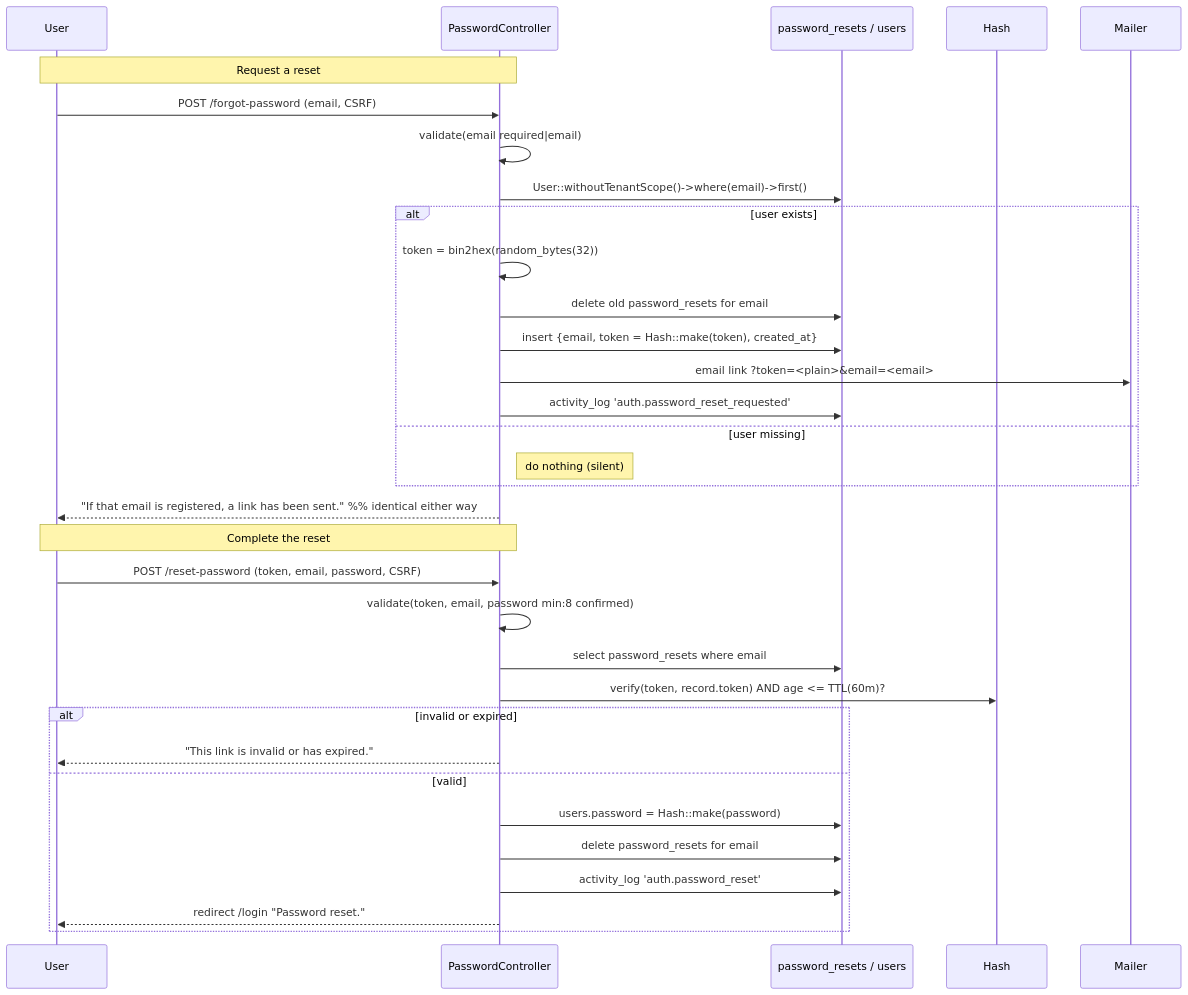
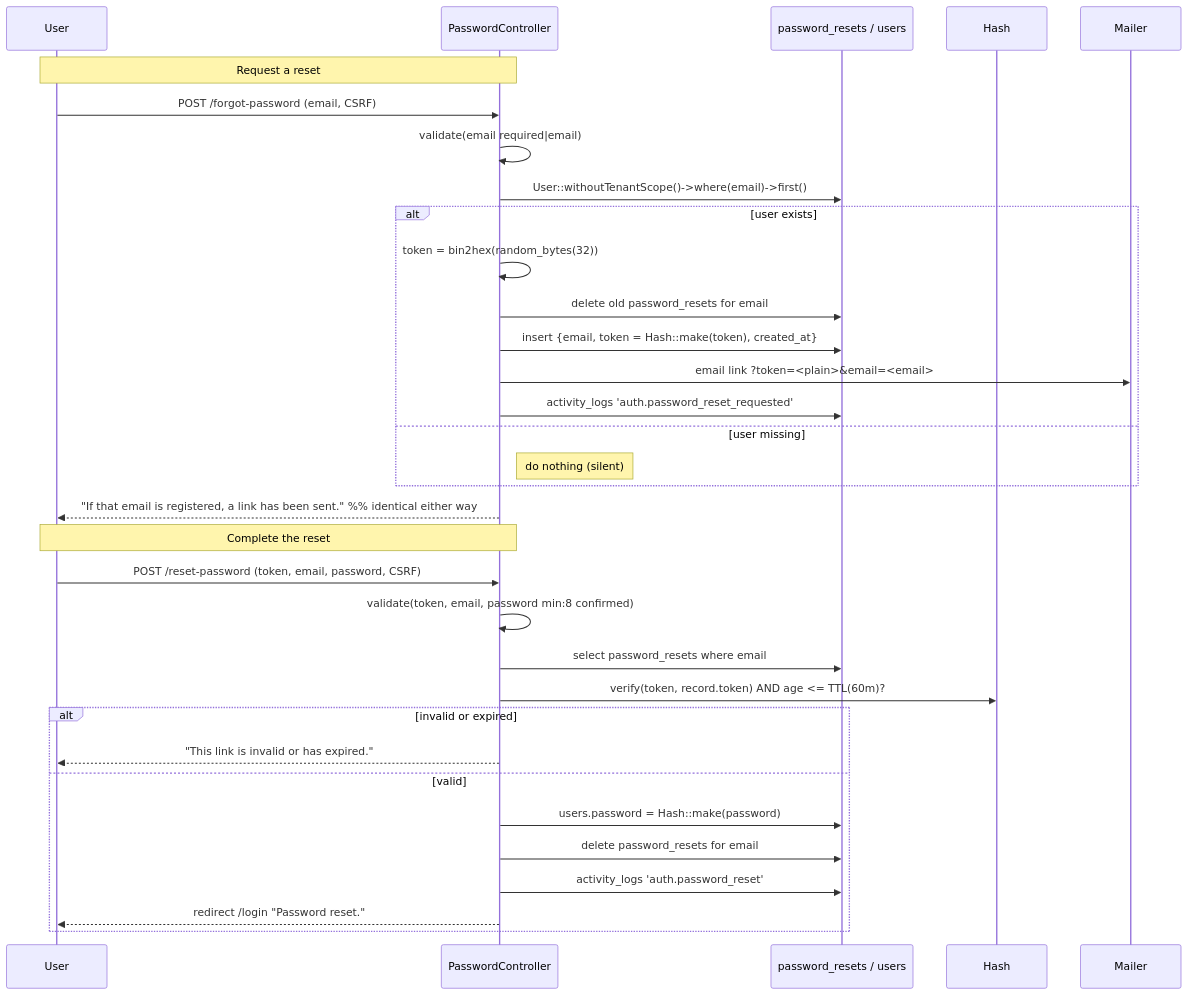
Before and after one commit to ammarnabileg/crm: the second of 2 diagrams in docs/09-Authentication.md, drawn with Mermaid. The commit also changed other lines of this file and 26 other files, not shown here.

````diff
--- a/docs/09-Authentication.md
+++ b/docs/09-Authentication.md
@@ -124,37 +124,37 @@
 ```mermaid
 sequenceDiagram
     participant U as User
     participant PC as PasswordController
     participant DB as password_resets / users
     participant H as Hash
     participant M as Mailer
 
     Note over U,PC: Request a reset
     U->>PC: POST /forgot-password (email, CSRF)
     PC->>PC: validate(email required|email)
     PC->>DB: User::withoutTenantScope()->where(email)->first()
     alt user exists
         PC->>PC: token = bin2hex(random_bytes(32))
         PC->>DB: delete old password_resets for email
         PC->>DB: insert {email, token = Hash::make(token), created_at}
         PC->>M: email link ?token=<plain>&email=<email>
-        PC->>DB: activity_log 'auth.password_reset_requested'
+        PC->>DB: activity_logs 'auth.password_reset_requested'
     else user missing
         Note right of PC: do nothing (silent)
     end
     PC-->>U: "If that email is registered, a link has been sent."  %% identical either way
 
     Note over U,PC: Complete the reset
     U->>PC: POST /reset-password (token, email, password, CSRF)
     PC->>PC: validate(token, email, password min:8 confirmed)
     PC->>DB: select password_resets where email
     PC->>H: verify(token, record.token) AND age <= TTL(60m)?
     alt invalid or expired
         PC-->>U: "This link is invalid or has expired."
     else valid
         PC->>DB: users.password = Hash::make(password)
         PC->>DB: delete password_resets for email
-        PC->>DB: activity_log 'auth.password_reset'
+        PC->>DB: activity_logs 'auth.password_reset'
         PC-->>U: redirect /login "Password reset."
     end
 ```
````
